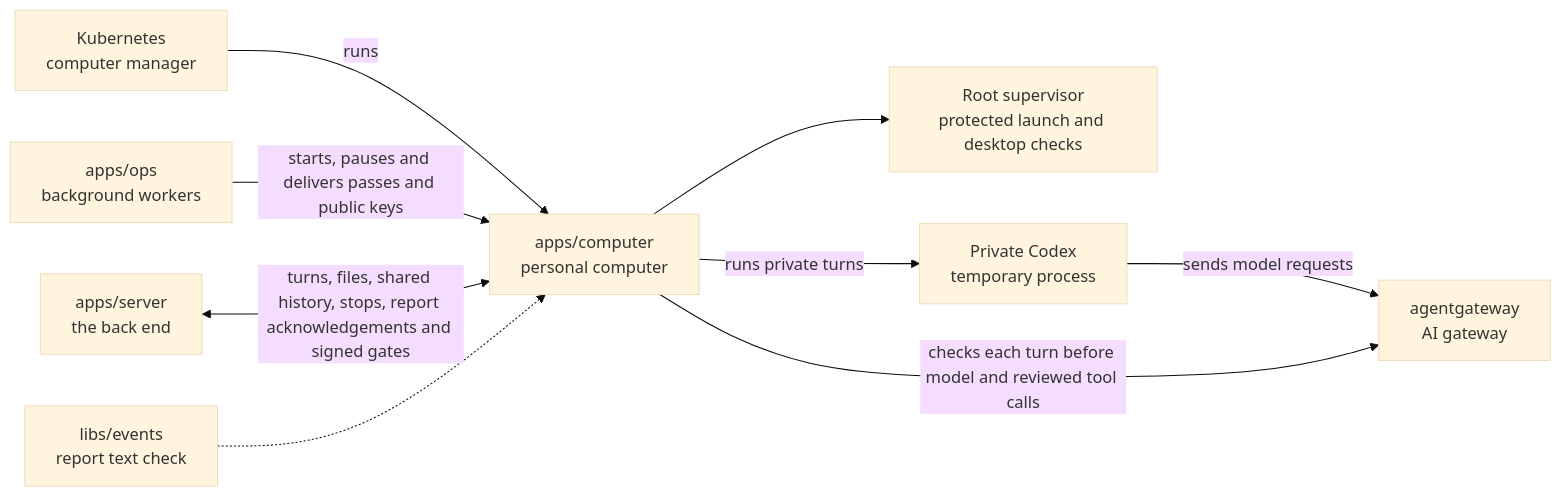
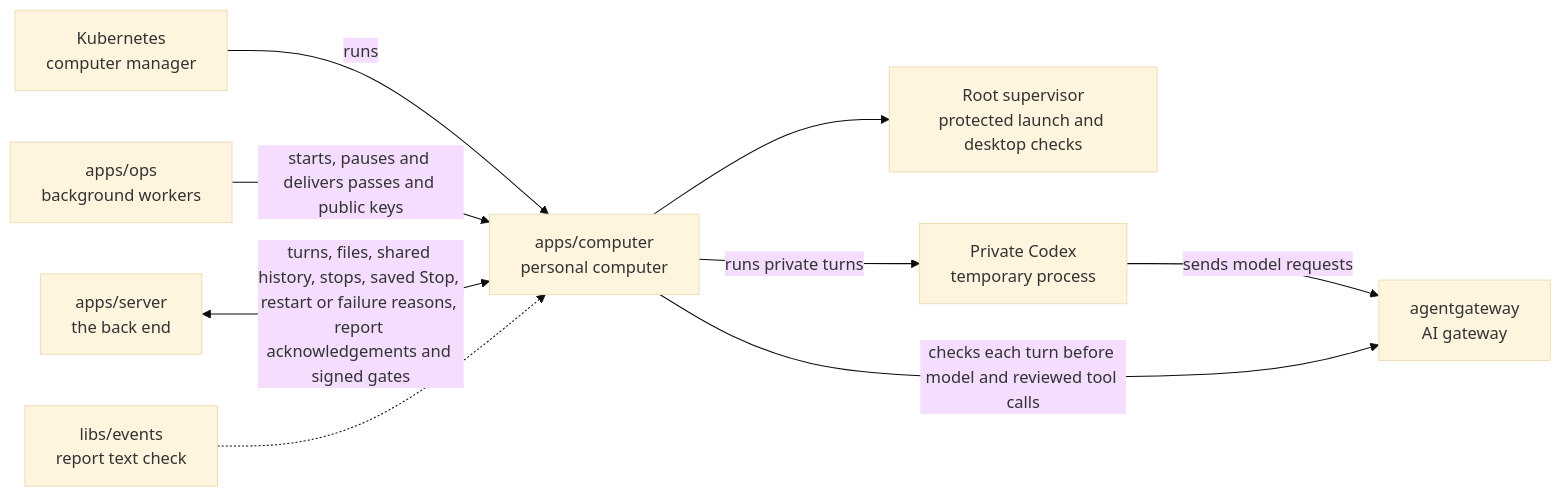
The diagram in apps/computer/README.md (elewa-git/opencrane-new), drawn with Mermaid (base theme) before and after one commit. The commit also changed other lines of this file and 43 other files, not shown here.

````diff
--- a/apps/computer/README.md
+++ b/apps/computer/README.md
@@ -22,11 +22,11 @@
 ```mermaid
 flowchart LR
   kube["Kubernetes<br/>computer manager"] -->|runs| computer["apps/computer<br/>personal computer"]
   ops["apps/ops<br/>background workers"] -->|starts, pauses and delivers passes and public keys| computer
-  server["apps/server<br/>the back end"] <-->|turns, files, shared history, stops, report acknowledgements and signed gates| computer
+  server["apps/server<br/>the back end"] <-->|turns, files, shared history, stops, saved Stop, restart or failure reasons, report acknowledgements and signed gates| computer
   events["libs/events<br/>report text check"] -.-> computer
   computer --> supervisor["Root supervisor<br/>protected launch and desktop checks"]
   computer -->|runs private turns| private["Private Codex<br/>temporary process"]
   private -->|sends model requests| gateway
   computer -->|checks each turn before model and reviewed tool calls| gateway["agentgateway<br/>AI gateway"]
 ```
````
